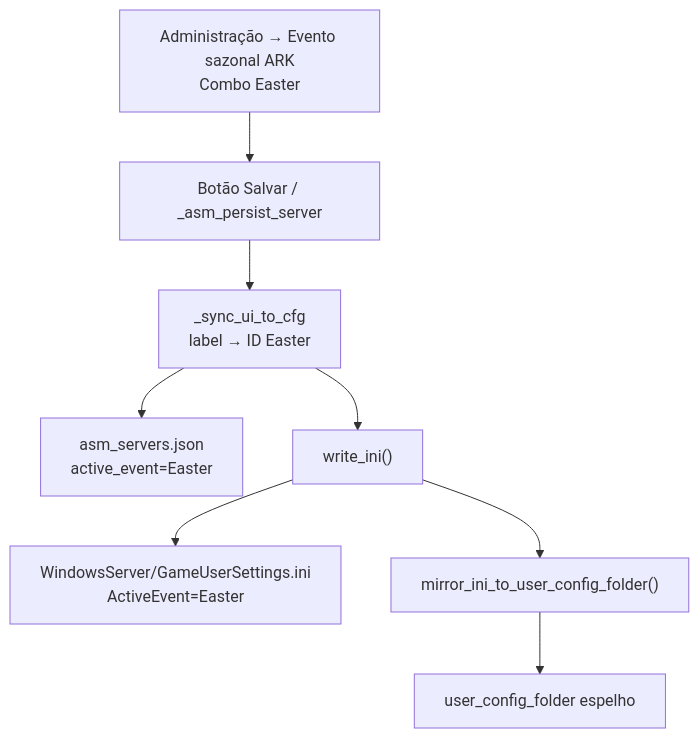
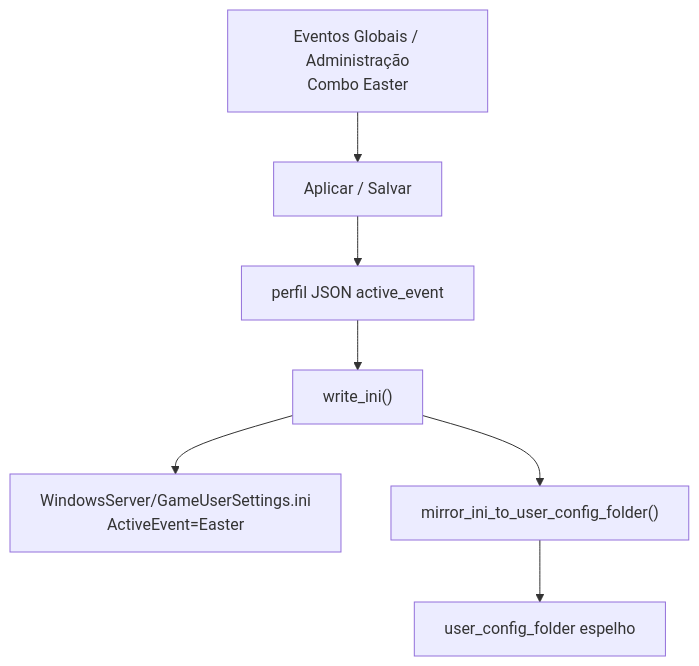
The first of 2 diagrams in docs/ACTIVE_EVENT_TRACE.md (SrLuther/ARKLAND-Multi), drawn with Mermaid before and after one commit. The commit also changed other lines of this file and 43 other files, not shown here.

````diff
--- a/docs/ACTIVE_EVENT_TRACE.md
+++ b/docs/ACTIVE_EVENT_TRACE.md
@@ -29,19 +37,17 @@
 ```mermaid
 flowchart TD
-    UI["Administração → Evento sazonal ARK\nCombo Easter"]
-    SAVE["Botão Salvar / _asm_persist_server"]
-    SYNC["_sync_ui_to_cfg\nlabel → ID Easter"]
-    JSON["asm_servers.json\nactive_event=Easter"]
+    UI["Eventos Globais / Administração\nCombo Easter"]
+    SAVE["Aplicar / Salvar"]
+    SYNC["perfil JSON active_event"]
     WI["write_ini()"]
     GUS["WindowsServer/GameUserSettings.ini\nActiveEvent=Easter"]
     MIRROR["mirror_ini_to_user_config_folder()"]
     CUSTOM["user_config_folder espelho"]
 
     UI --> SAVE
     SAVE --> SYNC
-    SYNC --> JSON
     SYNC --> WI
     WI --> GUS
     WI --> MIRROR
     MIRROR --> CUSTOM
 ```
````
